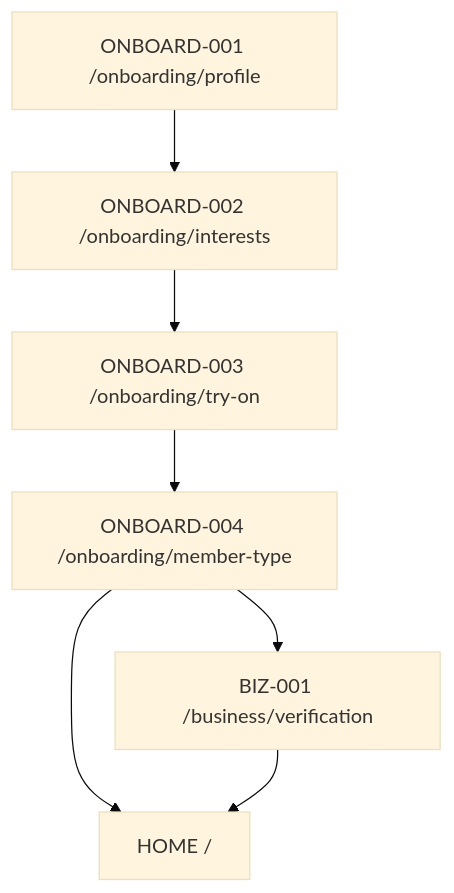
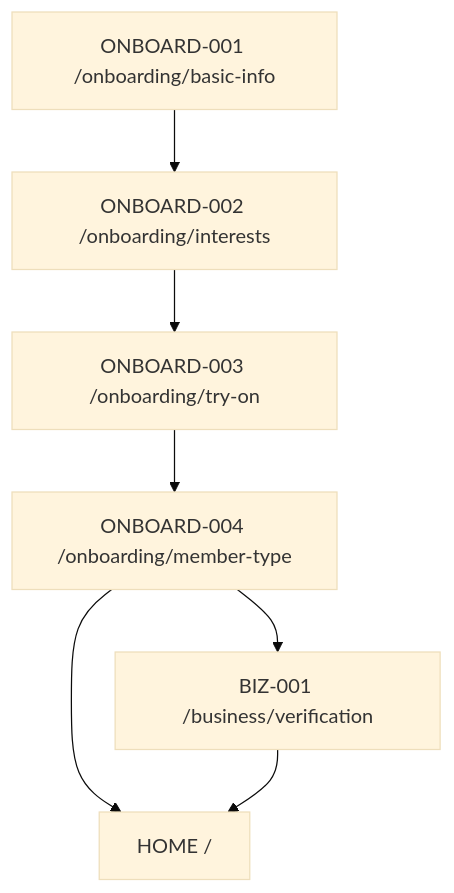
One commit to Team-vintib/Vintib-AI changed the second of 2 diagrams in FE/docs/frontend/flows/route-map.md. Above: the diagram before and after it, drawn with Mermaid (base theme). The commit also changed other lines of this file and 5 other files, not shown here.

````diff
--- a/FE/docs/frontend/flows/route-map.md
+++ b/FE/docs/frontend/flows/route-map.md
@@ -32,16 +32,16 @@
 ```mermaid
 flowchart TD
-  Profile["ONBOARD-001 /onboarding/profile"]
+  Profile["ONBOARD-001 /onboarding/basic-info"]
   Interests["ONBOARD-002 /onboarding/interests"]
   TryOn["ONBOARD-003 /onboarding/try-on"]
   MemberType["ONBOARD-004 /onboarding/member-type"]
   Biz["BIZ-001 /business/verification"]
   Home["HOME /"]
 
   Profile --> Interests
   Interests --> TryOn
   TryOn --> MemberType
   MemberType --> Home
   MemberType --> Biz
   Biz --> Home
 ```
````
